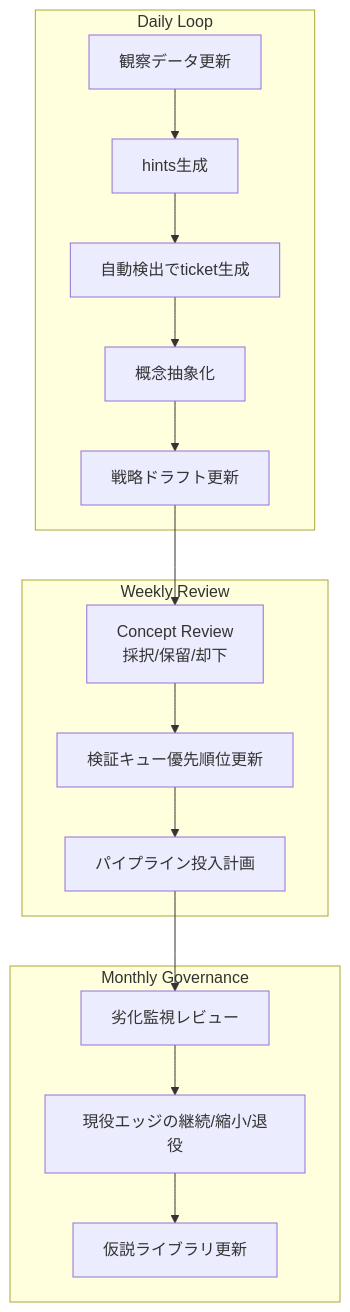
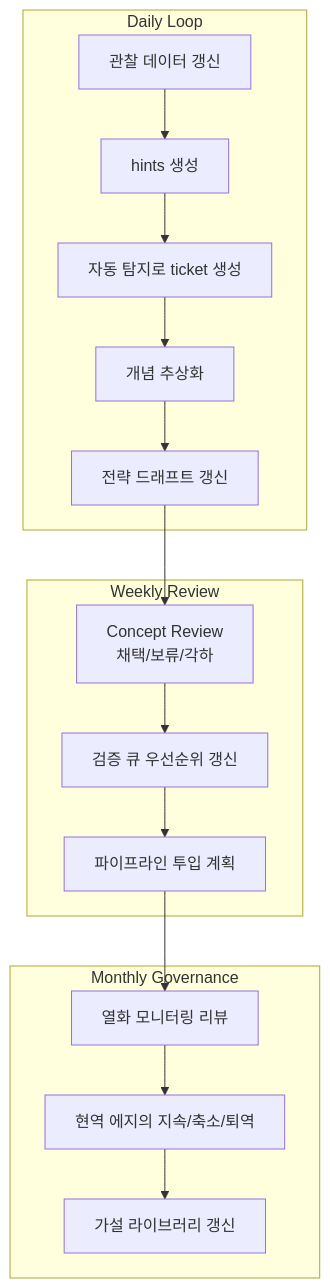
One commit to birdblues/claude-trading-skills changed the fourth of 4 diagrams in docs/edge-institutionalization-process.md. Above: the diagram before and after it, drawn with Mermaid. The commit also changed other lines of this file and 50 other files, not shown here.

````diff
--- a/docs/edge-institutionalization-process.md
+++ b/docs/edge-institutionalization-process.md
@@ -82,22 +82,22 @@
 ```mermaid
 flowchart TD
     subgraph Daily[Daily Loop]
-        D1[観察データ更新] --> D2[hints生成]
-        D2 --> D3[自動検出でticket生成]
-        D3 --> D4[概念抽象化]
-        D4 --> D5[戦略ドラフト更新]
+        D1[관찰 데이터 갱신] --> D2[hints 생성]
+        D2 --> D3[자동 탐지로 ticket 생성]
+        D3 --> D4[개념 추상화]
+        D4 --> D5[전략 드래프트 갱신]
     end
 
     subgraph Weekly[Weekly Review]
-        W1[Concept Review<br/>採択/保留/却下] --> W2[検証キュー優先順位更新]
-        W2 --> W3[パイプライン投入計画]
+        W1[Concept Review<br/>채택/보류/각하] --> W2[검증 큐 우선순위 갱신]
+        W2 --> W3[파이프라인 투입 계획]
     end
 
     subgraph Monthly[Monthly Governance]
-        M1[劣化監視レビュー] --> M2[現役エッジの継続/縮小/退役]
-        M2 --> M3[仮説ライブラリ更新]
+        M1[열화 모니터링 리뷰] --> M2[현역 에지의 지속/축소/퇴역]
+        M2 --> M3[가설 라이브러리 갱신]
     end
 
     D5 --> W1
     W3 --> M1
 ```
````
